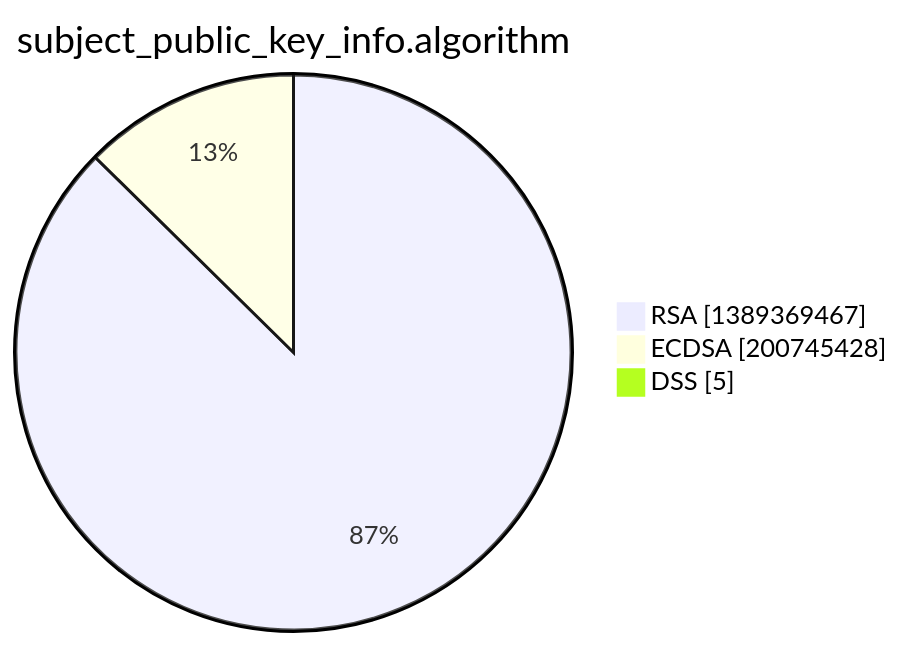
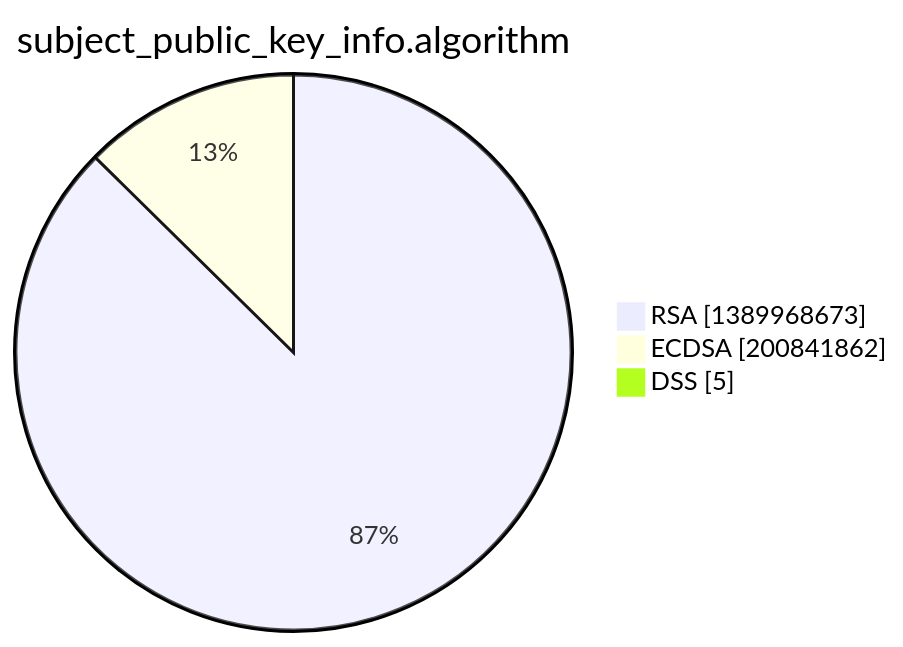
Before and after one commit to christiankrug/ctmonitor_visualization: the third of 15 diagrams in xenon2022/README.md, drawn with Mermaid. The commit also changed other lines of this file, not shown here.

````diff
--- a/xenon2022/README.md
+++ b/xenon2022/README.md
@@ -14,7 +14,7 @@
 ```mermaid
 pie showData
 title subject_public_key_info.algorithm
-"RSA" :1389369467
-"ECDSA" :200745428
+"RSA" :1389968673
+"ECDSA" :200841862
 "DSS" :5
 ```
````
